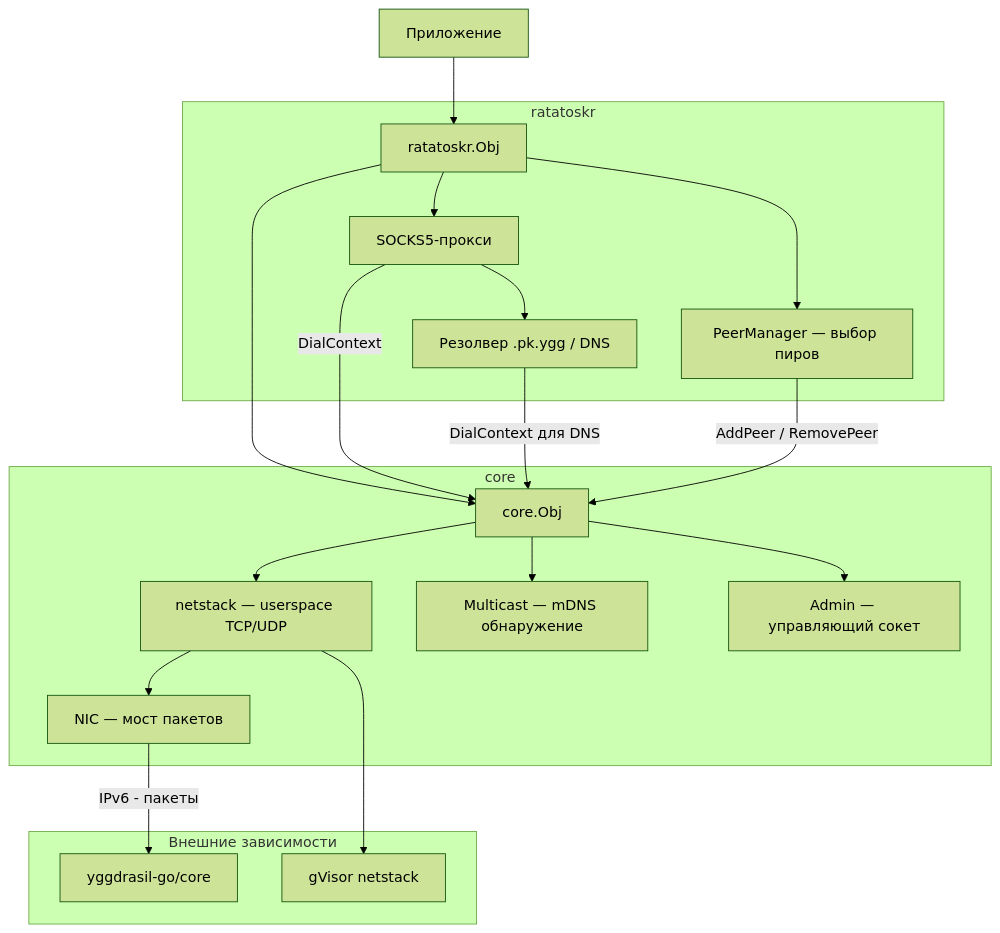
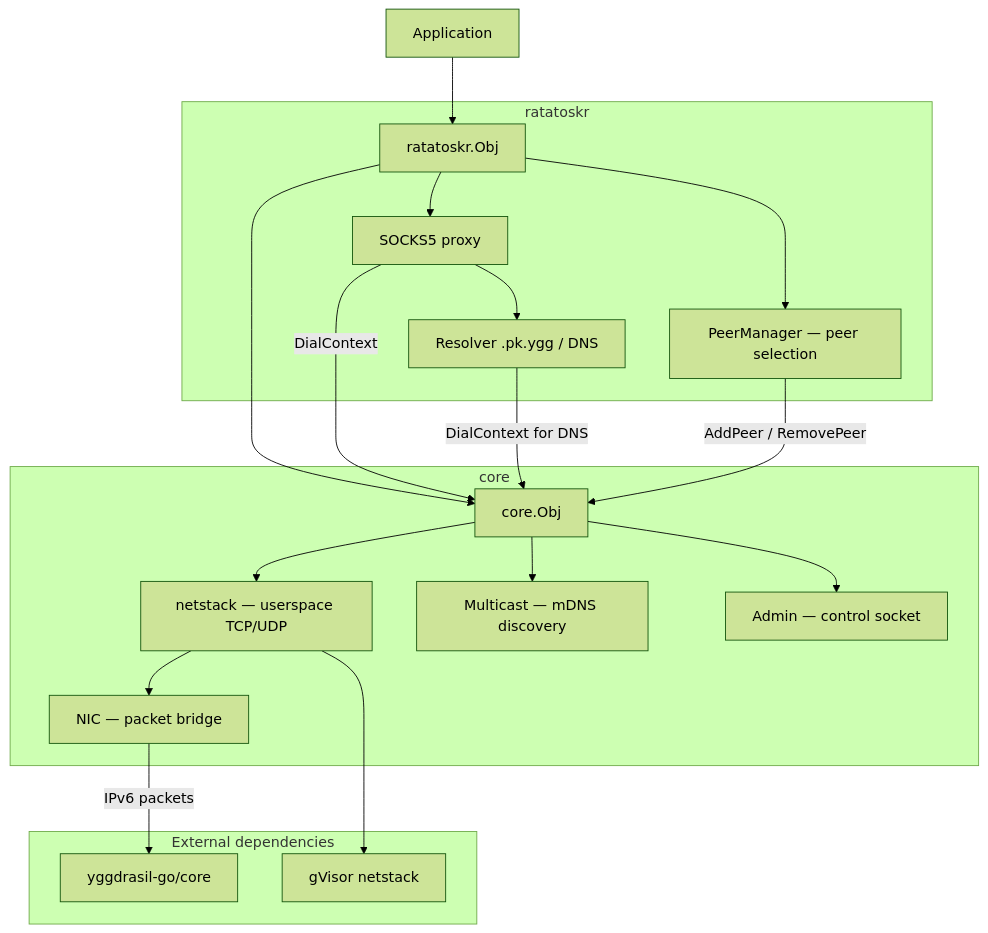
One commit to voluminor/ratatoskr changed the first of 11 diagrams in README.md. Above: the diagram before and after it, drawn with Mermaid (forest theme). The commit also changed other lines of this file and 1 other file, not shown here.

````diff
--- a/README.md
+++ b/README.md
@@ -131,40 +133,40 @@
 ```mermaid
 graph TB
-    App[Приложение]
+    App[Application]
 
 subgraph ratatoskr
 Obj[ratatoskr.Obj]
-        SOCKS[SOCKS5-прокси]
-        Resolver[Резолвер .pk.ygg / DNS]
-PeerMgr[PeerManager — выбор пиров]
+SOCKS[SOCKS5 proxy]
+Resolver[Resolver .pk.ygg / DNS]
+PeerMgr[PeerManager — peer selection]
     end
 
 subgraph core
 CoreObj[core.Obj]
 Netstack[netstack — userspace TCP/UDP]
-NIC[NIC — мост пакетов]
-Multicast[Multicast — mDNS обнаружение]
-Admin[Admin — управляющий сокет]
+NIC[NIC — packet bridge]
+Multicast[Multicast — mDNS discovery]
+Admin[Admin — control socket]
 end
 
-subgraph external [Внешние зависимости]
+subgraph external [External dependencies]
 YggCore[yggdrasil-go/core]
 gVisor[gVisor netstack]
 end
 
 App --> Obj
 Obj --> CoreObj
 Obj --> SOCKS
 Obj --> PeerMgr
 SOCKS --> Resolver
 SOCKS -->|DialContext|CoreObj
-Resolver -->|DialContext для DNS|CoreObj
+Resolver -->|DialContext for DNS|CoreObj
 PeerMgr -->|AddPeer / RemovePeer|CoreObj
 
 CoreObj --> Netstack
 CoreObj --> Multicast
 CoreObj --> Admin
 Netstack --> NIC
-NIC -->|IPv6 - пакеты|YggCore
+NIC -->|IPv6 packets|YggCore
 Netstack --> gVisor
 ```
````
